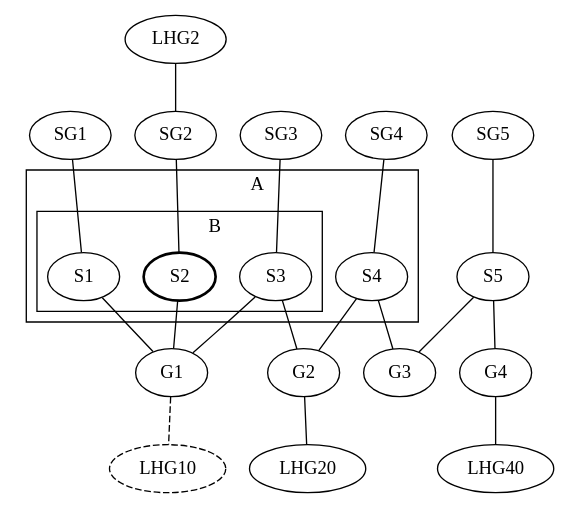
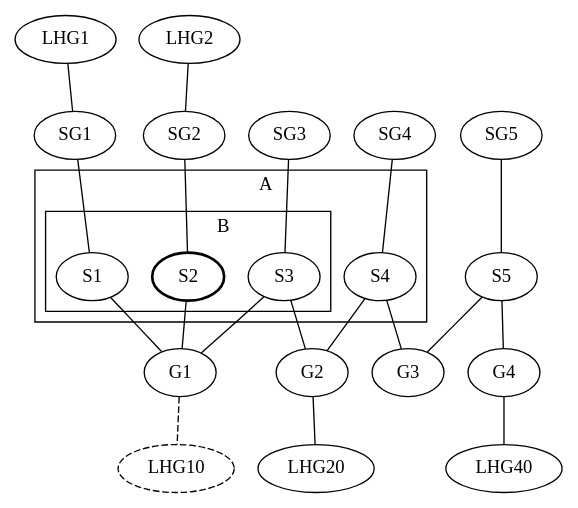
One commit to water/resources changed the diagram in report/fig/labgroup/strict_proof.dot. Above: the diagram before and after it, drawn with Graphviz. The commit also changed 1 other file, not shown here.

Commit message:
Correct figure that didn't fulfill ==1 invariant

```diff
--- a/report/fig/labgroup/strict_proof.dot
+++ b/report/fig/labgroup/strict_proof.dot
@@ -1,47 +1,48 @@
 graph G {
   /* Startgroups and it's repos */
+  LHG1  -- SG1
   SG1 -- S1
   LHG2  -- SG2
   SG2 -- S2
   SG3 -- S3
   SG4 -- S4
   SG5 -- S5
 
   /* Labgroups */
   S1 -- G1
   S2 -- G1
   S3 -- G1
 
   S3 -- G2
   S4 -- G2
 
   S4 -- G3
   S5 -- G3
 
   S5 -- G4
   
   /* The sets A and B */
   subgraph cluster_A {
     S1
     S2
     S3
     S4
     label = "                A"
 
     subgraph cluster_B {
       S1
       S2
       S3
       label = "                B"
     }
   }
 
   /* Repos */
   G1 -- LHG10 [style=dashed]
   G2 -- LHG20
   G4 -- LHG40
 
   /* Bonus properties */ 
   S2 [style = bold] 
   LHG10 [style=dashed]
 }
```
